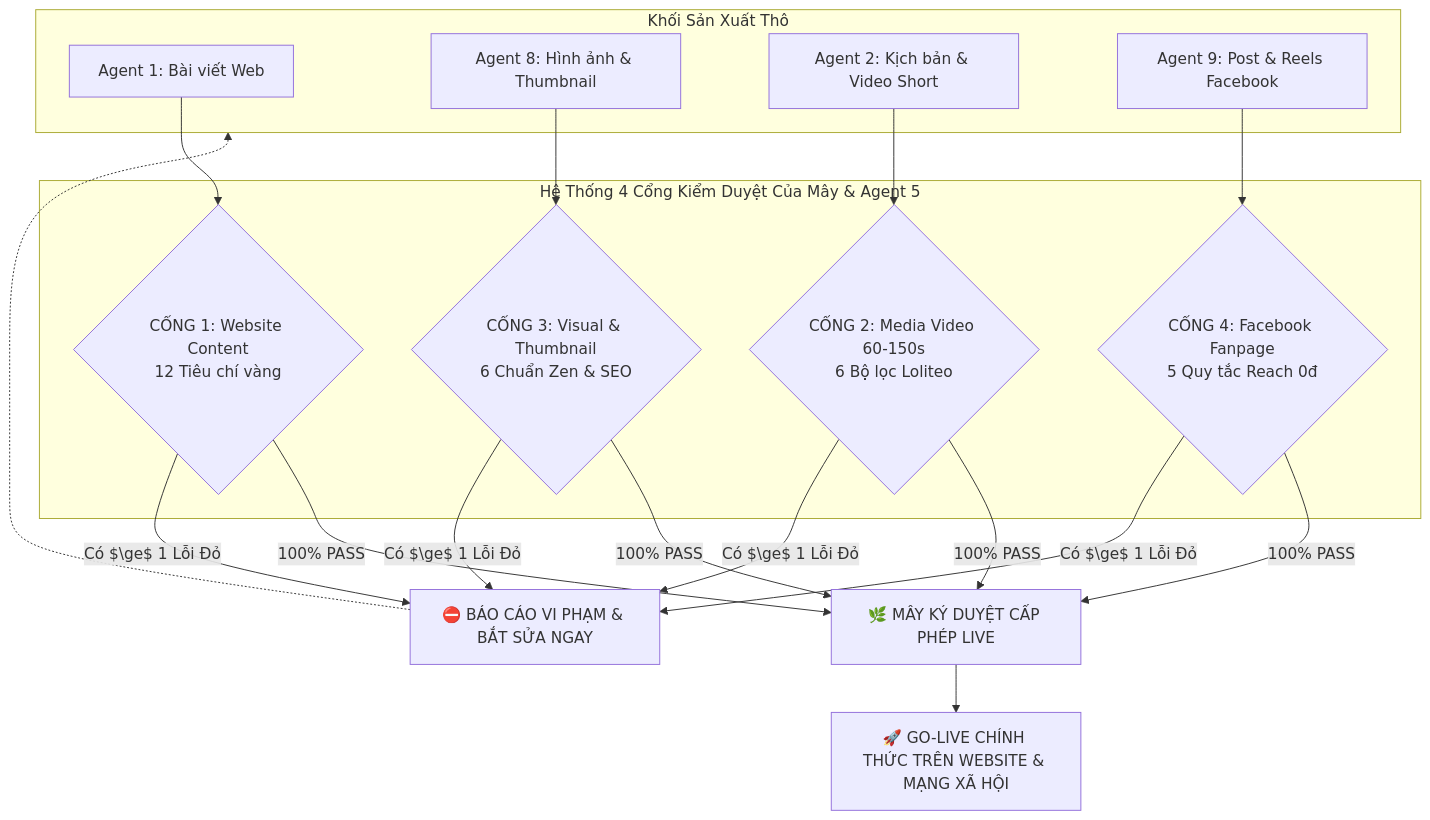
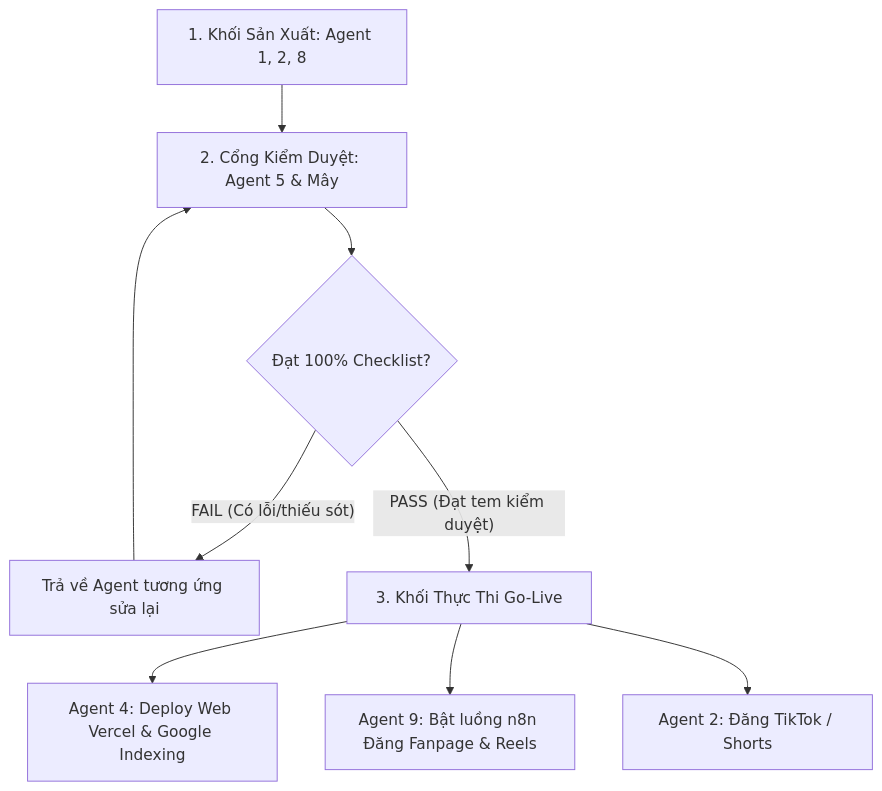
One commit to longphi11/traicainghien-1 changed the diagram in .agents/skills/content-quality-standards/SKILL.md. Above: the diagram before and after it, drawn with Mermaid. The commit also changed other lines of this file and 1 other file, not shown here.

Commit message:
feat(audit): establish 4 mandatory gates and sign-off audit protocol before go-live

````diff
--- a/.agents/skills/content-quality-standards/SKILL.md
+++ b/.agents/skills/content-quality-standards/SKILL.md
@@ -16,27 +15,15 @@
 ```mermaid
 flowchart TD
-    subgraph DRAFT_POOL [Khối Sản Xuất Thô]
-        A1[Agent 1: Bài viết Web]
-        A8[Agent 8: Hình ảnh & Thumbnail]
-        A2[Agent 2: Kịch bản & Video Short]
-        A9[Agent 9: Post & Reels Facebook]
-    end
-
-    subgraph QA_GATES [Hệ Thống 4 Cổng Kiểm Duyệt Của Mây & Agent 5]
-        G1{CỔNG 1: Website Content<br>12 Tiêu chí vàng}
-        G2{CỔNG 2: Media Video 60-150s<br>6 Bộ lọc Loliteo}
-        G3{CỔNG 3: Visual & Thumbnail<br>6 Chuẩn Zen & SEO}
-        G4{CỔNG 4: Facebook Fanpage<br>5 Quy tắc Reach 0đ}
-    end
-
-    A1 --> G1
-    A8 --> G3
-    A2 --> G2
-    A9 --> G4
-
-    G1 & G2 & G3 & G4 -->|Có $\ge$ 1 Lỗi Đỏ| REJECT[⛔ BÁO CÁO VI PHẠM & BẮT SỬA NGAY]
-    REJECT -.-> DRAFT_POOL
-
-    G1 & G2 & G3 & G4 -->|100% PASS| PASS[🌿 MÂY KÝ DUYỆT CẤP PHÉP LIVE]
-    PASS --> LIVE[🚀 GO-LIVE CHÍNH THỨC TRÊN WEBSITE & MẠNG XÃ HỘI]
+    PROD[1. Khối Sản Xuất: Agent 1, 2, 8] --> AUDIT[2. Cổng Kiểm Duyệt: Agent 5 & Mây]
+    
+    AUDIT --> CHECK{Đạt 100% Checklist?}
+    
+    CHECK -- FAIL (Có lỗi/thiếu sót) --> REVISE[Trả về Agent tương ứng sửa lại]
+    REVISE --> AUDIT
+    
+    CHECK -- PASS (Đạt tem kiểm duyệt) --> DEPLOY[3. Khối Thực Thi Go-Live]
+    
+    DEPLOY --> D_WEB[Agent 4: Deploy Web Vercel & Google Indexing]
+    DEPLOY --> D_FB[Agent 9: Bật luồng n8n Đăng Fanpage & Reels]
+    DEPLOY --> D_SOC[Agent 2: Đăng TikTok / Shorts]
 ```
````
